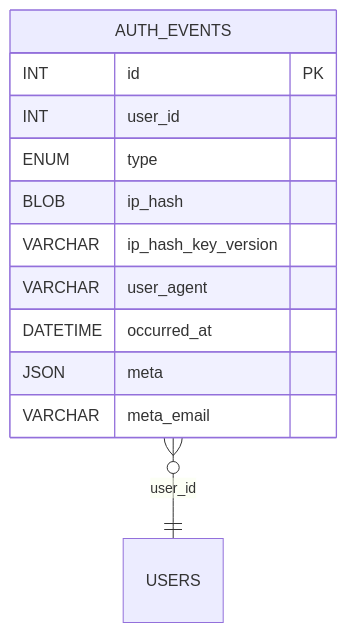
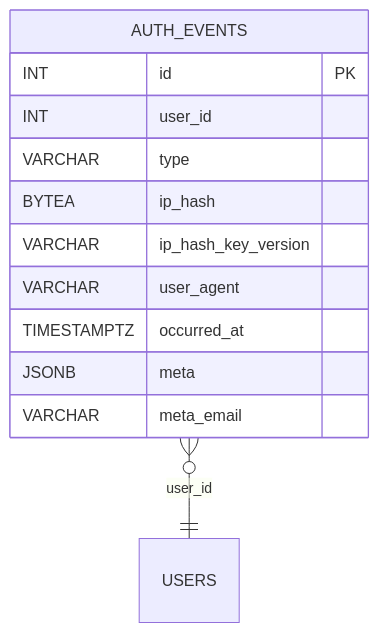
One commit to blackcatdatabase/table-auth-events changed the diagram in README.md. Above: the diagram before and after it, drawn with Mermaid. The commit also changed other lines of this file and 21 other files, not shown here.

Commit message:
regen schema (#1)

````diff
--- a/README.md
+++ b/README.md
@@ -55,15 +58,15 @@
 ```mermaid
 erDiagram
   AUTH_EVENTS {
     INT id PK
     INT user_id
-    ENUM type
-    BLOB ip_hash
+    VARCHAR type
+    BYTEA ip_hash
     VARCHAR ip_hash_key_version
     VARCHAR user_agent
-    DATETIME occurred_at
-    JSON meta
+    TIMESTAMPTZ occurred_at
+    JSONB meta
     VARCHAR meta_email
   }
   AUTH_EVENTS }o--|| USERS : "user_id"
 ```
````
